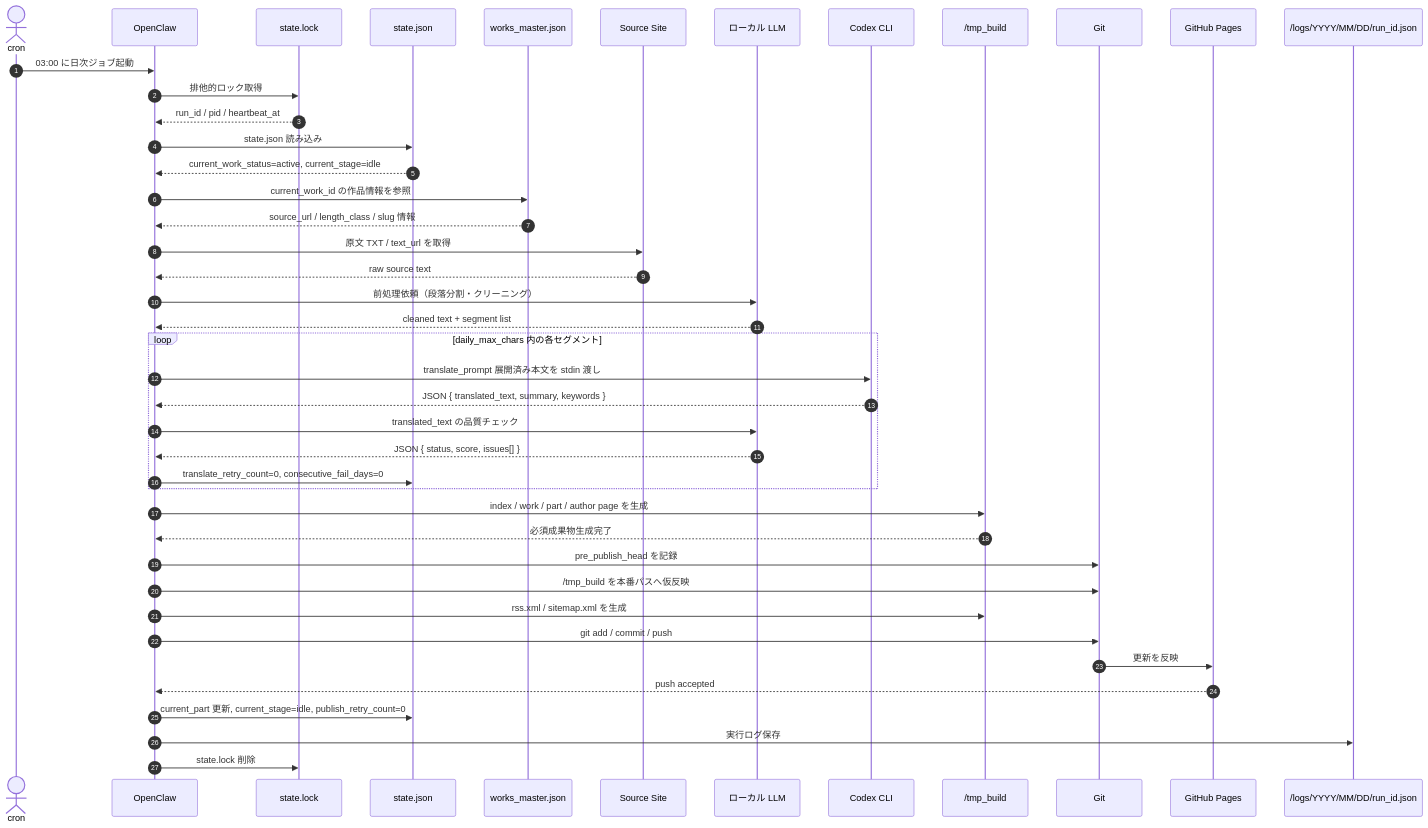
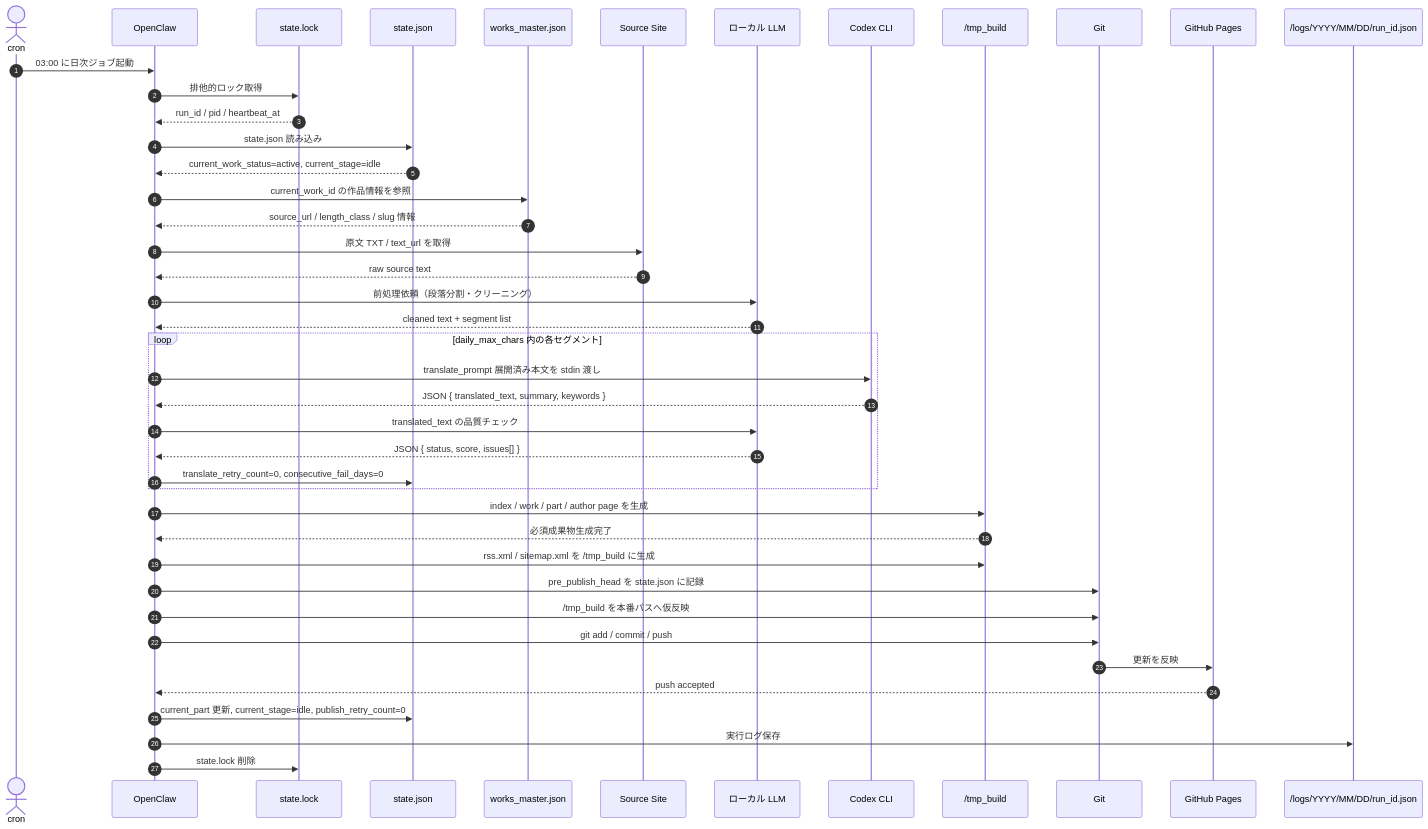
The first of 6 diagrams in sequence.md (garyohosu/WorldClassicsJP), drawn with Mermaid before and after one commit. The commit also changed other lines of this file and 11 other files, not shown here.

````diff
--- a/sequence.md
+++ b/sequence.md
@@ -26,50 +26,50 @@
 ```mermaid
 sequenceDiagram
     autonumber
     actor CRON as cron
     participant OC as OpenClaw
     participant LOCK as state.lock
     participant STATE as state.json
     participant WM as works_master.json
     participant SRC as Source Site
     participant LLLM as ローカル LLM
     participant CODEX as Codex CLI
     participant BUILD as /tmp_build
     participant GIT as Git
     participant GH as GitHub Pages
     participant LOG as /logs/YYYY/MM/DD/run_id.json
 
     CRON->>OC: 03:00 に日次ジョブ起動
     OC->>LOCK: 排他的ロック取得
     LOCK-->>OC: run_id / pid / heartbeat_at
     OC->>STATE: state.json 読み込み
     STATE-->>OC: current_work_status=active, current_stage=idle
     OC->>WM: current_work_id の作品情報を参照
     WM-->>OC: source_url / length_class / slug 情報
 
     OC->>SRC: 原文 TXT / text_url を取得
     SRC-->>OC: raw source text
     OC->>LLLM: 前処理依頼（段落分割・クリーニング）
     LLLM-->>OC: cleaned text + segment list
 
     loop daily_max_chars 内の各セグメント
         OC->>CODEX: translate_prompt 展開済み本文を stdin 渡し
         CODEX-->>OC: JSON { translated_text, summary, keywords }
         OC->>LLLM: translated_text の品質チェック
         LLLM-->>OC: JSON { status, score, issues[] }
         OC->>STATE: translate_retry_count=0, consecutive_fail_days=0
     end
 
     OC->>BUILD: index / work / part / author page を生成
     BUILD-->>OC: 必須成果物生成完了
-    OC->>GIT: pre_publish_head を記録
+    OC->>BUILD: rss.xml / sitemap.xml を /tmp_build に生成
+    OC->>GIT: pre_publish_head を state.json に記録
     OC->>GIT: /tmp_build を本番パスへ仮反映
-    OC->>BUILD: rss.xml / sitemap.xml を生成
     OC->>GIT: git add / commit / push
     GIT->>GH: 更新を反映
     GH-->>OC: push accepted
 
     OC->>STATE: current_part 更新, current_stage=idle, publish_retry_count=0
     OC->>LOG: 実行ログ保存
     OC->>LOCK: state.lock 削除
 ```
````
